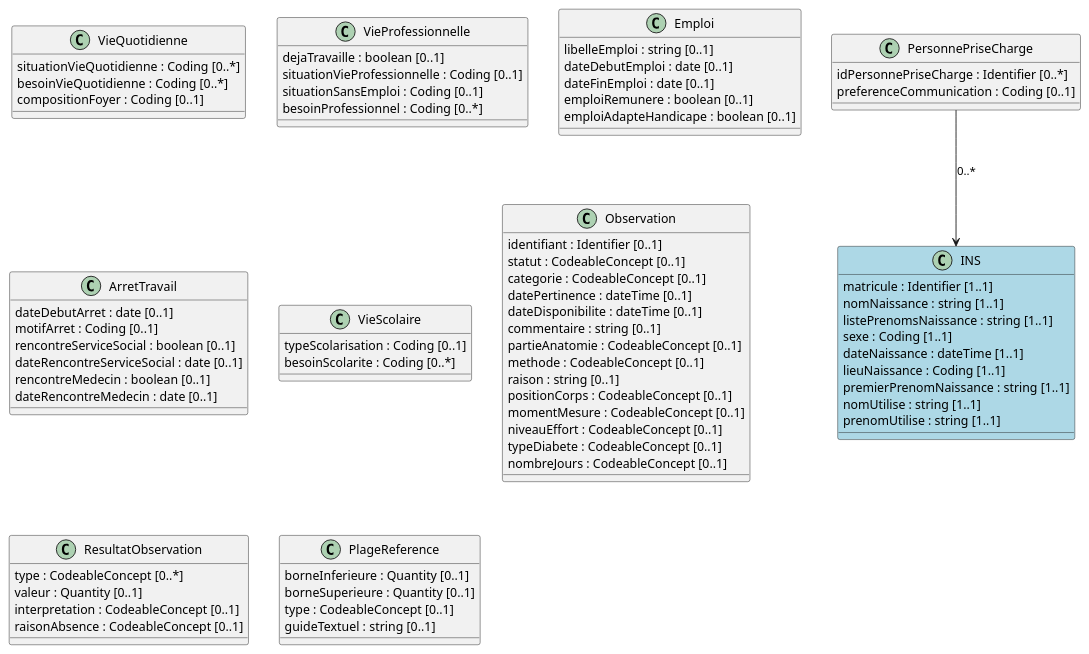
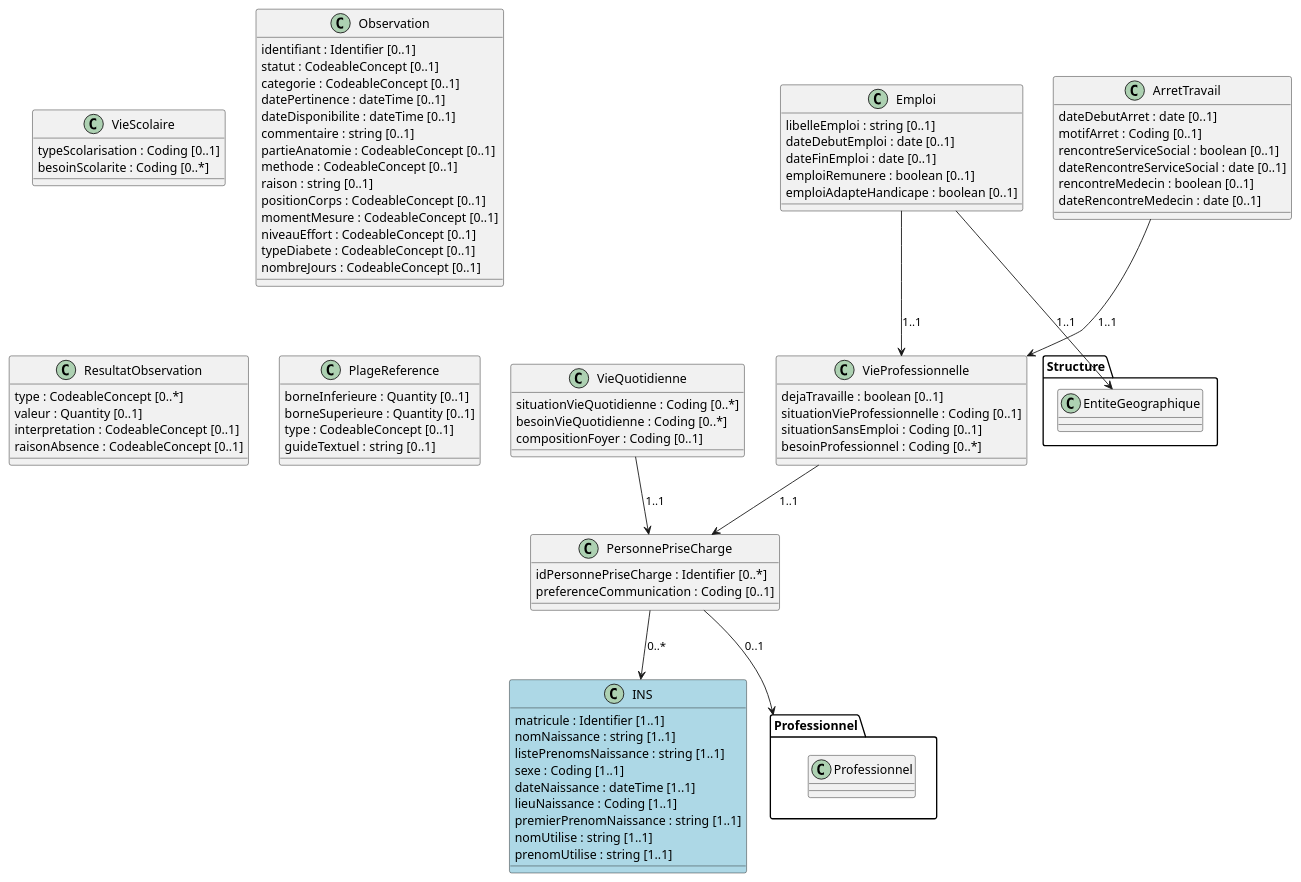
One commit to ansforge/IG-modele-objets-sante changed the diagram in input/images-source/Personne-prise-en-charge.plantuml. Above: the diagram before and after it, drawn with PlantUML. The commit also changed 53 other files, not shown here.

Commit message:
Diagramme avec Références

```diff
--- a/input/images-source/Personne-prise-en-charge.plantuml
+++ b/input/images-source/Personne-prise-en-charge.plantuml
@@ -1,88 +1,102 @@
 @startuml
 
 Class PersonnePriseCharge {
   idPersonnePriseCharge : Identifier [0..*]
   preferenceCommunication : Coding [0..1]
 }
 
 Class VieQuotidienne {
   situationVieQuotidienne : Coding [0..*]
   besoinVieQuotidienne : Coding [0..*]
   compositionFoyer : Coding [0..1]
 }
 
 Class VieProfessionnelle {
   dejaTravaille : boolean [0..1]
   situationVieProfessionnelle : Coding [0..1]
   situationSansEmploi : Coding [0..1]
   besoinProfessionnel : Coding [0..*]
 }
 
 Class Emploi {
   libelleEmploi : string [0..1]
   dateDebutEmploi : date [0..1]
   dateFinEmploi : date [0..1]
   emploiRemunere : boolean [0..1]
   emploiAdapteHandicape : boolean [0..1]
 }
 
 Class ArretTravail {
   dateDebutArret : date [0..1]
   motifArret : Coding [0..1]
   rencontreServiceSocial : boolean [0..1]
   dateRencontreServiceSocial : date [0..1]
   rencontreMedecin : boolean [0..1]
   dateRencontreMedecin : date [0..1]
 }
 
 Class VieScolaire {
   typeScolarisation : Coding [0..1]
   besoinScolarite : Coding [0..*]
 }
 
 Class Observation {
   identifiant : Identifier [0..1]
   statut : CodeableConcept [0..1]
   categorie : CodeableConcept [0..1]
   datePertinence : dateTime [0..1]
   dateDisponibilite : dateTime [0..1]
   commentaire : string [0..1]
   partieAnatomie : CodeableConcept [0..1]
   methode : CodeableConcept [0..1]
   raison : string [0..1]
   positionCorps : CodeableConcept [0..1]
   momentMesure : CodeableConcept [0..1]
   niveauEffort : CodeableConcept [0..1]
   typeDiabete : CodeableConcept [0..1]
   nombreJours : CodeableConcept [0..1]
 }
 
 Class ResultatObservation {
   type : CodeableConcept [0..*]
   valeur : Quantity [0..1]
   interpretation : CodeableConcept [0..1]
   raisonAbsence : CodeableConcept [0..1]
 }
 
 Class PlageReference {
   borneInferieure : Quantity [0..1]
   borneSuperieure : Quantity [0..1]
   type : CodeableConcept [0..1]
   guideTextuel : string [0..1]
 }
 
 Class INS #LightBlue {
   matricule : Identifier [1..1]
   nomNaissance : string [1..1]
   listePrenomsNaissance : string [1..1]
   sexe : Coding [1..1]
   dateNaissance : dateTime [1..1]
   lieuNaissance : Coding [1..1]
   premierPrenomNaissance : string [1..1]
   nomUtilise : string [1..1]
   prenomUtilise : string [1..1]
 }
 
+
+package "Professionnel" {
+  Class Professionnel
+}
+
+package "Structure" {
+  Class EntiteGeographique
+}
+PersonnePriseCharge --> Professionnel : 0..1
+VieQuotidienne --> PersonnePriseCharge : 1..1
+VieProfessionnelle --> PersonnePriseCharge : 1..1
+Emploi --> VieProfessionnelle : 1..1
+ArretTravail --> VieProfessionnelle : 1..1
+Emploi --> EntiteGeographique : 1..1
 PersonnePriseCharge --> INS : 0..*
 
 @enduml
```
